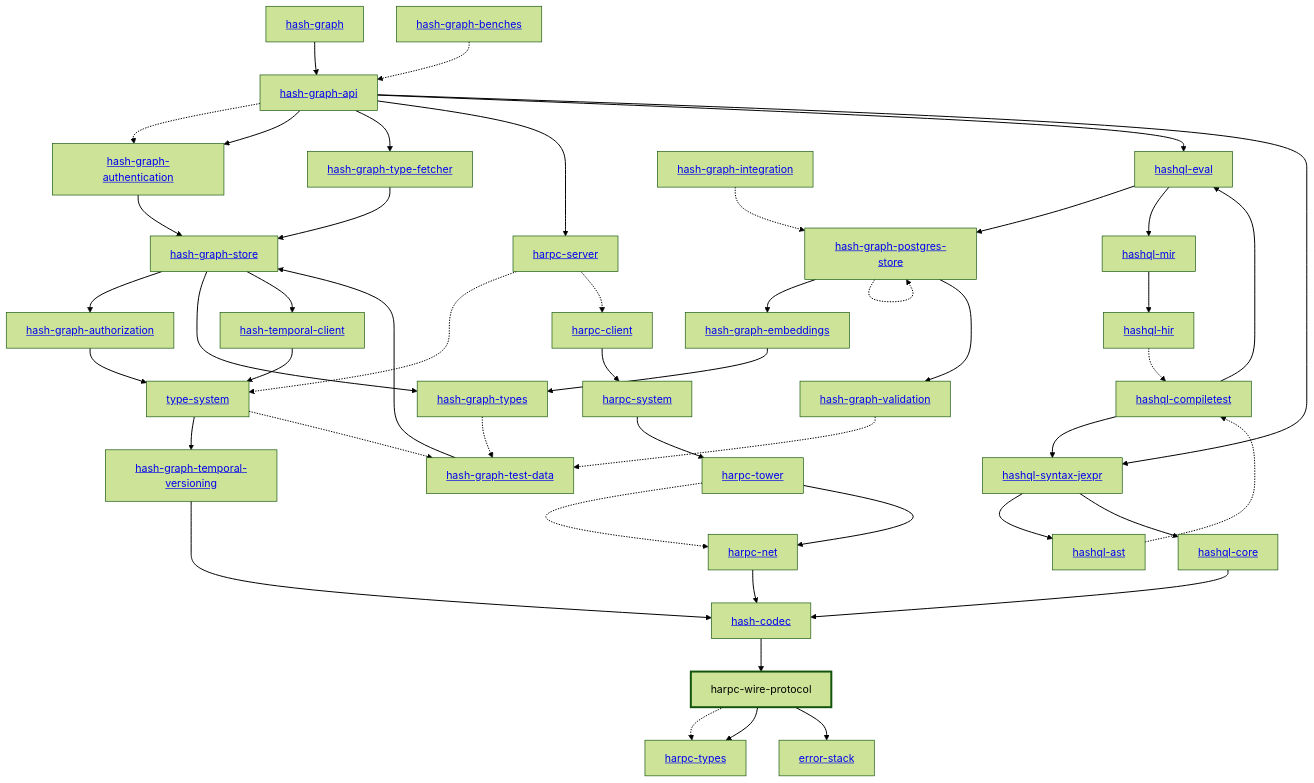
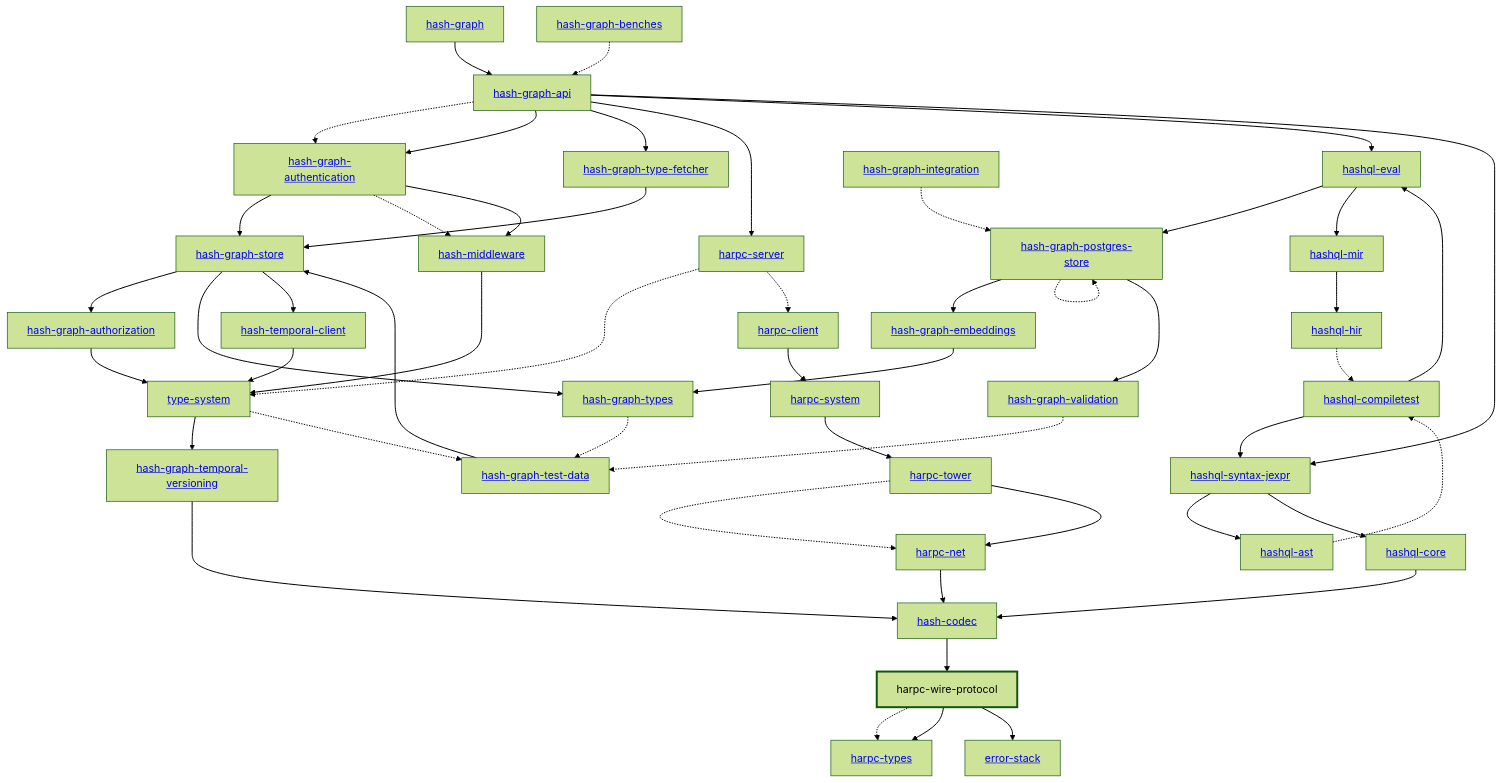
The diagram in libs/@local/harpc/wire-protocol/docs/dependency-diagram.mmd (hashintel/hash), drawn with Mermaid (forest theme) before and after one commit. The commit also changed 51 other files, not shown here.

Commit message:
BE-808: Move the HTTP middleware into hash-middleware

```diff
--- a/libs/@local/harpc/wire-protocol/docs/dependency-diagram.mmd
+++ b/libs/@local/harpc/wire-protocol/docs/dependency-diagram.mmd
@@ -1,90 +1,94 @@
 graph TD
     linkStyle default stroke-width:1.5px
     classDef default stroke-width:1px
     classDef root stroke-width:3px
     classDef dev stroke-width:1px
     classDef build stroke-width:1px
     %% Legend
     %% --> : Normal dependency
     %% -.-> : Dev dependency
     %% ---> : Build dependency
     0[<a href="../hash_graph/index.html">hash-graph</a>]
     1[<a href="../type_system/index.html">type-system</a>]
     2[<a href="../hash_codec/index.html">hash-codec</a>]
     3[<a href="../hash_graph_api/index.html">hash-graph-api</a>]
     4[<a href="../hash_graph_authentication/index.html">hash-graph-authentication</a>]
     5[<a href="../hash_graph_authorization/index.html">hash-graph-authorization</a>]
     6[<a href="../hash_graph_embeddings/index.html">hash-graph-embeddings</a>]
     7[<a href="../hash_graph_postgres_store/index.html">hash-graph-postgres-store</a>]
     8[<a href="../hash_graph_store/index.html">hash-graph-store</a>]
     9[<a href="../hash_graph_temporal_versioning/index.html">hash-graph-temporal-versioning</a>]
     10[<a href="../hash_graph_type_fetcher/index.html">hash-graph-type-fetcher</a>]
     11[<a href="../hash_graph_types/index.html">hash-graph-types</a>]
     12[<a href="../hash_graph_validation/index.html">hash-graph-validation</a>]
     13[<a href="../harpc_client/index.html">harpc-client</a>]
     14[<a href="../harpc_net/index.html">harpc-net</a>]
     15[<a href="../harpc_server/index.html">harpc-server</a>]
     16[<a href="../harpc_system/index.html">harpc-system</a>]
     17[<a href="../harpc_tower/index.html">harpc-tower</a>]
     18[<a href="../harpc_types/index.html">harpc-types</a>]
     19[harpc-wire-protocol]
     class 19 root
     20[<a href="../hashql_ast/index.html">hashql-ast</a>]
     21[<a href="../hashql_compiletest/index.html">hashql-compiletest</a>]
     22[<a href="../hashql_core/index.html">hashql-core</a>]
     23[<a href="../hashql_eval/index.html">hashql-eval</a>]
     24[<a href="../hashql_hir/index.html">hashql-hir</a>]
     25[<a href="../hashql_mir/index.html">hashql-mir</a>]
     26[<a href="../hashql_syntax_jexpr/index.html">hashql-syntax-jexpr</a>]
-    27[<a href="../hash_temporal_client/index.html">hash-temporal-client</a>]
-    28[<a href="../error_stack/index.html">error-stack</a>]
-    29[<a href="../hash_graph_benches/index.html">hash-graph-benches</a>]
-    30[<a href="../hash_graph_integration/index.html">hash-graph-integration</a>]
-    31[<a href="../hash_graph_test_data/index.html">hash-graph-test-data</a>]
+    27[<a href="../hash_middleware/index.html">hash-middleware</a>]
+    28[<a href="../hash_temporal_client/index.html">hash-temporal-client</a>]
+    29[<a href="../error_stack/index.html">error-stack</a>]
+    30[<a href="../hash_graph_benches/index.html">hash-graph-benches</a>]
+    31[<a href="../hash_graph_integration/index.html">hash-graph-integration</a>]
+    32[<a href="../hash_graph_test_data/index.html">hash-graph-test-data</a>]
     0 --> 3
     1 --> 9
-    1 -.-> 31
+    1 -.-> 32
     2 --> 19
     3 -.-> 4
     3 --> 4
     3 --> 10
     3 --> 15
     3 --> 23
     3 --> 26
     4 --> 8
+    4 -.-> 27
+    4 --> 27
     5 --> 1
     6 --> 11
     7 --> 6
     7 -.-> 7
     7 --> 12
     8 --> 5
     8 --> 11
-    8 --> 27
+    8 --> 28
     9 --> 2
     10 --> 8
-    11 -.-> 31
-    12 -.-> 31
+    11 -.-> 32
+    12 -.-> 32
     13 --> 16
     14 --> 2
     15 -.-> 1
     15 -.-> 13
     16 --> 17
     17 -.-> 14
     17 --> 14
     19 -.-> 18
     19 --> 18
-    19 --> 28
+    19 --> 29
     20 -.-> 21
     21 --> 23
     21 --> 26
     22 --> 2
     23 --> 7
     23 --> 25
     24 -.-> 21
     25 --> 24
     26 --> 20
     26 --> 22
     27 --> 1
-    29 -.-> 3
-    30 -.-> 7
-    31 --> 8
+    28 --> 1
+    30 -.-> 3
+    31 -.-> 7
+    32 --> 8
```
